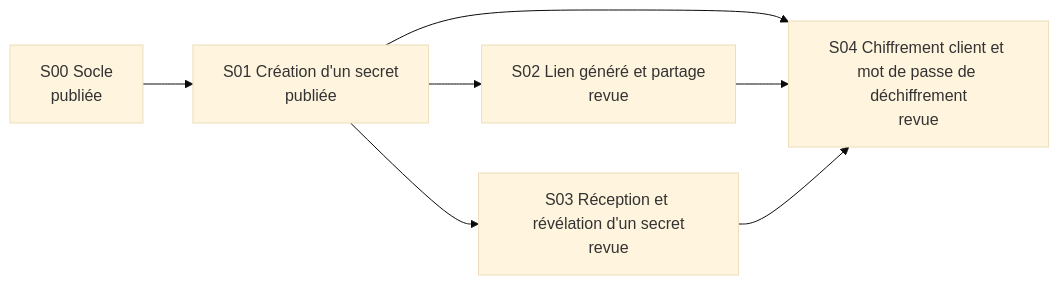
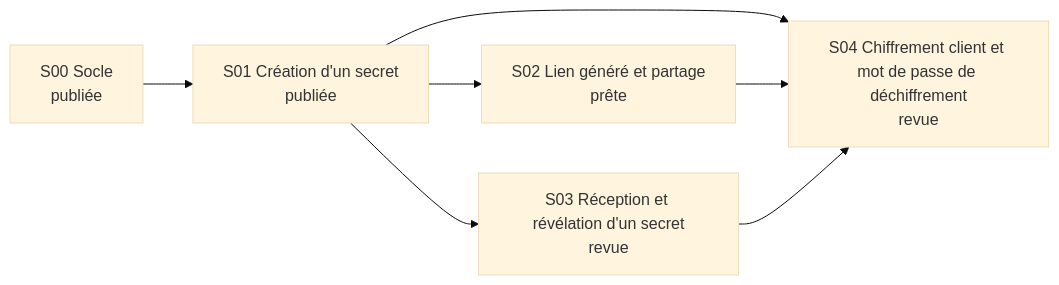
The diagram in specs/_index.md (lgrdev/eloneva-secret), drawn with Mermaid (base theme) before and after one commit. The commit also changed other lines of this file and 2 other files, not shown here.

Commit message:
docs: S02 review ready

````diff
--- a/specs/_index.md
+++ b/specs/_index.md
@@ -23,14 +23,14 @@
 ```mermaid
 flowchart LR
   S00["S00 Socle<br/>publiée"]
   S01["S01 Création d'un secret<br/>publiée"]
-  S02["S02 Lien généré et partage<br/>revue"]
+  S02["S02 Lien généré et partage<br/>prête"]
   S03["S03 Réception et révélation d'un secret<br/>revue"]
   S04["S04 Chiffrement client et mot de passe de déchiffrement<br/>revue"]
   S00 --> S01
   S01 --> S02
   S01 --> S03
   S01 --> S04
   S02 --> S04
   S03 --> S04
 ```
````
